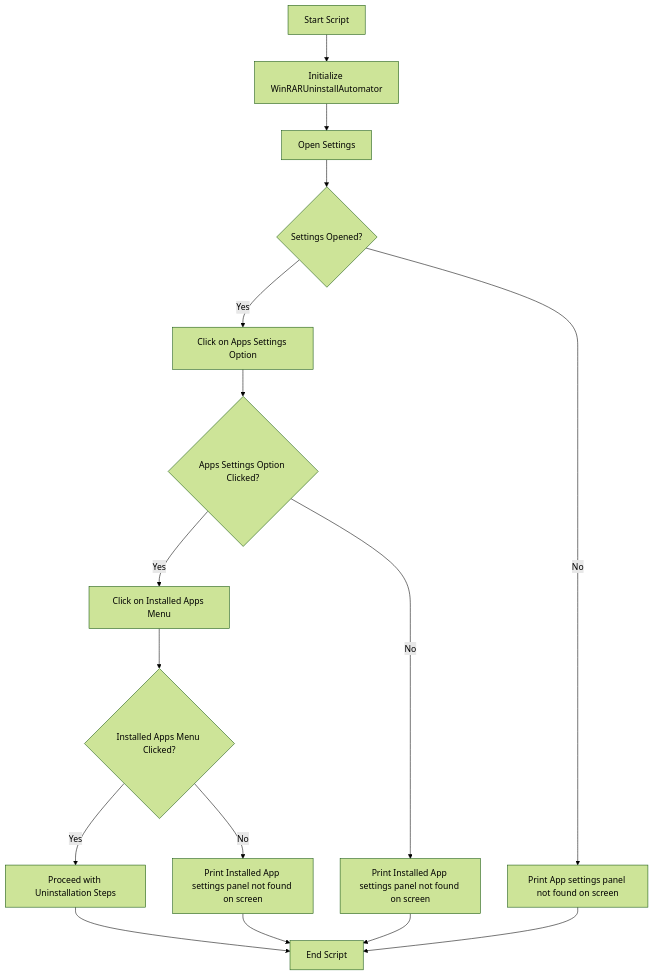
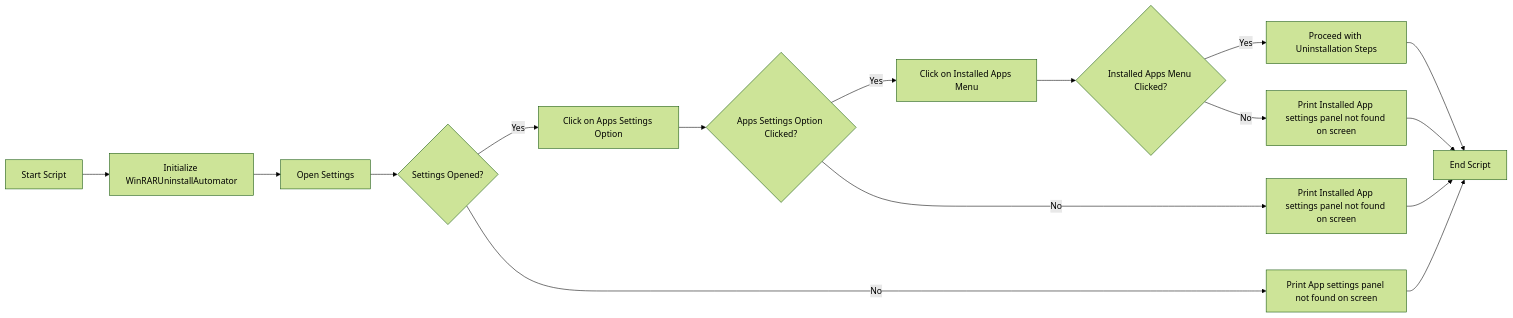
The diagram in img/WinRAR/README.md (slagathor34/pywinauto-demo), drawn with Mermaid (forest theme) before and after one commit.

Commit message:
Switched graph to LR

````diff
--- a/img/WinRAR/README.md
+++ b/img/WinRAR/README.md
@@ -43,18 +43,18 @@
 ```mermaid
-  graph TD
+  graph LR
     A[Start Script] --> B[Initialize WinRARUninstallAutomator]
     B --> C[Open Settings]
     C --> D{Settings Opened?}
     D -->|Yes| E[Click on Apps Settings Option]
     D -->|No| F[Print App settings panel not found on screen]
     E --> G{Apps Settings Option Clicked?}
     G -->|Yes| H[Click on Installed Apps Menu]
     G -->|No| I[Print Installed App settings panel not found on screen]
     H --> J{Installed Apps Menu Clicked?}
     J -->|Yes| K[Proceed with Uninstallation Steps]
     J -->|No| L[Print Installed App settings panel not found on screen]
     K --> M[End Script]
     F --> M
     I --> M
     L --> M
 ```
````
